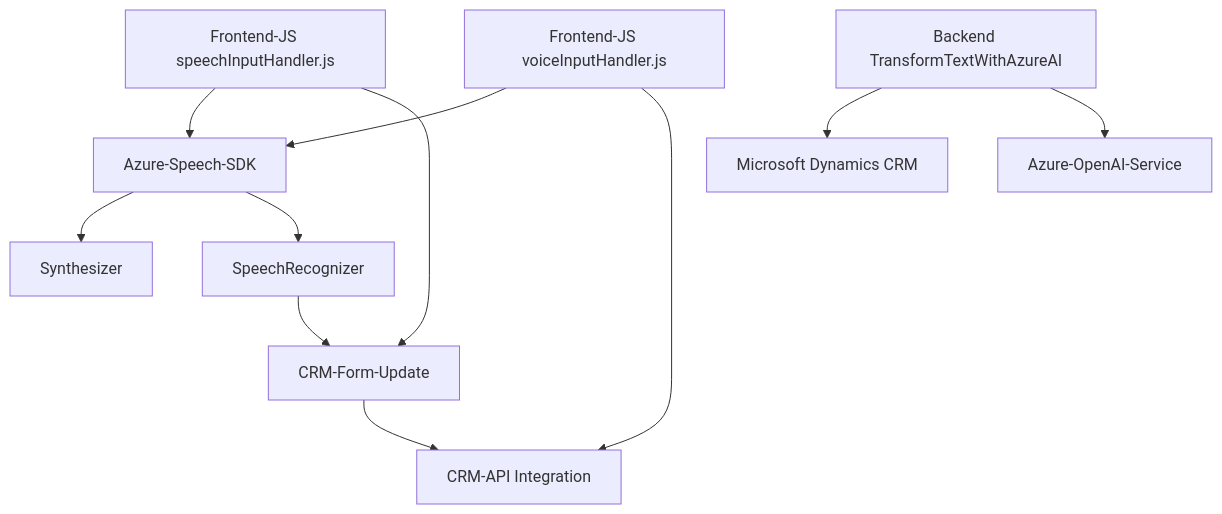
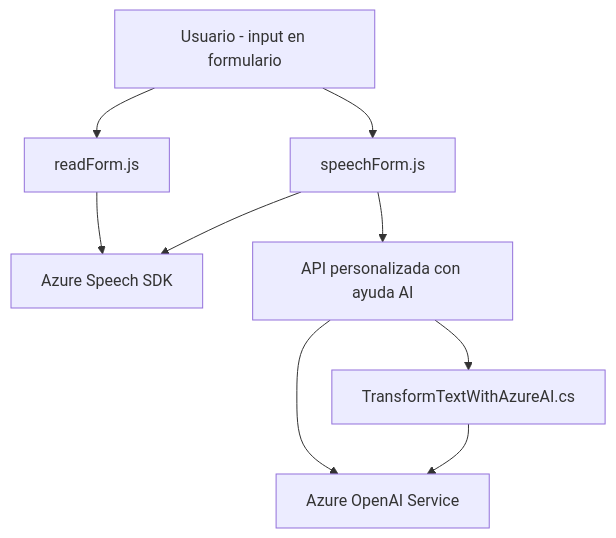
The diagram in README.md (blopezdm/NETCORE_BILBAO2025), drawn with Mermaid before and after one commit. The commit also changed other lines of this file, not shown here.

Commit message:
Actualizar análisis global de la solución con IA

````diff
--- a/README.md
+++ b/README.md
@@ -38,13 +39,19 @@
 ```mermaid
 graph TD
-    A["Frontend-JS speechInputHandler.js"] --> B["Azure-Speech-SDK"]
-    B --> C["Synthesizer"]
-    B --> D["SpeechRecognizer"]
-    D --> E["CRM-Form-Update"]
-    A --> E
-    F["Frontend-JS voiceInputHandler.js"] --> B
-    F --> G["CRM-API Integration"]
+    A[Usuario - input en formulario]
+    B["readForm.js"]
+    C["speechForm.js"]
+    D["Azure Speech SDK"]
+    E["API personalizada con ayuda AI"]
+    F["Azure OpenAI Service"]
+    G["TransformTextWithAzureAI.cs"]
+
+    A --> B
+    A --> C
+    B --> D
+    C --> D
+    C --> E
+    E --> F
     E --> G
-    H["Backend TransformTextWithAzureAI"] --> I["Microsoft Dynamics CRM"]
-    H --> J["Azure-OpenAI-Service"]
+    G --> F
 ```
````
